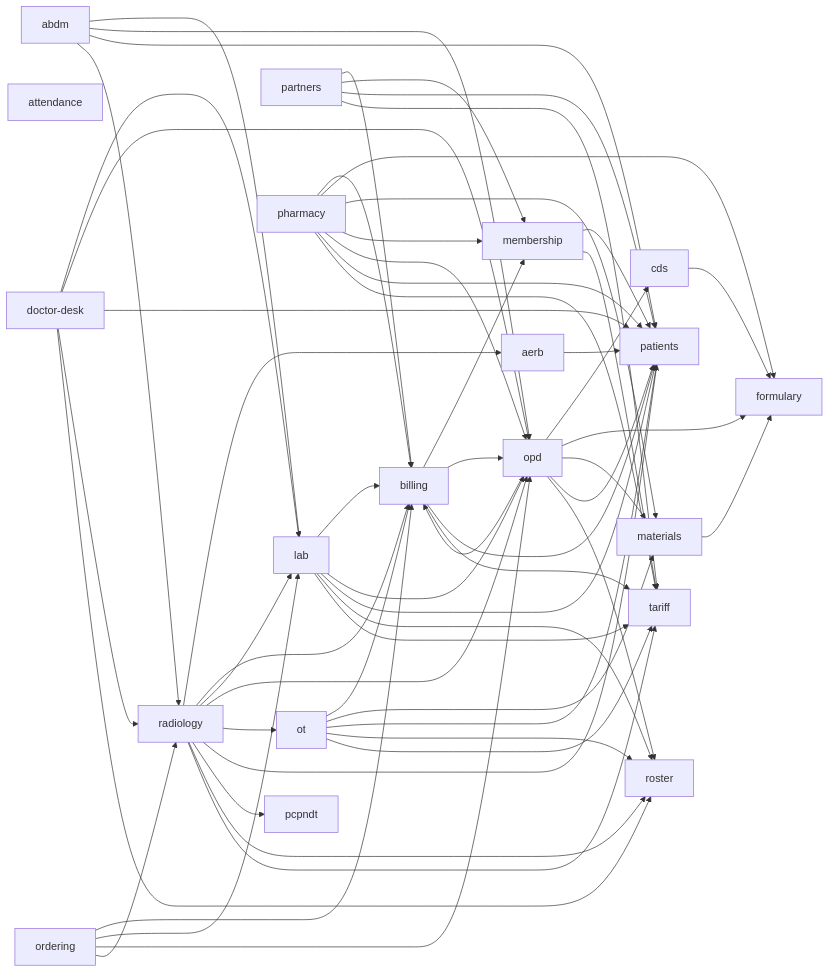
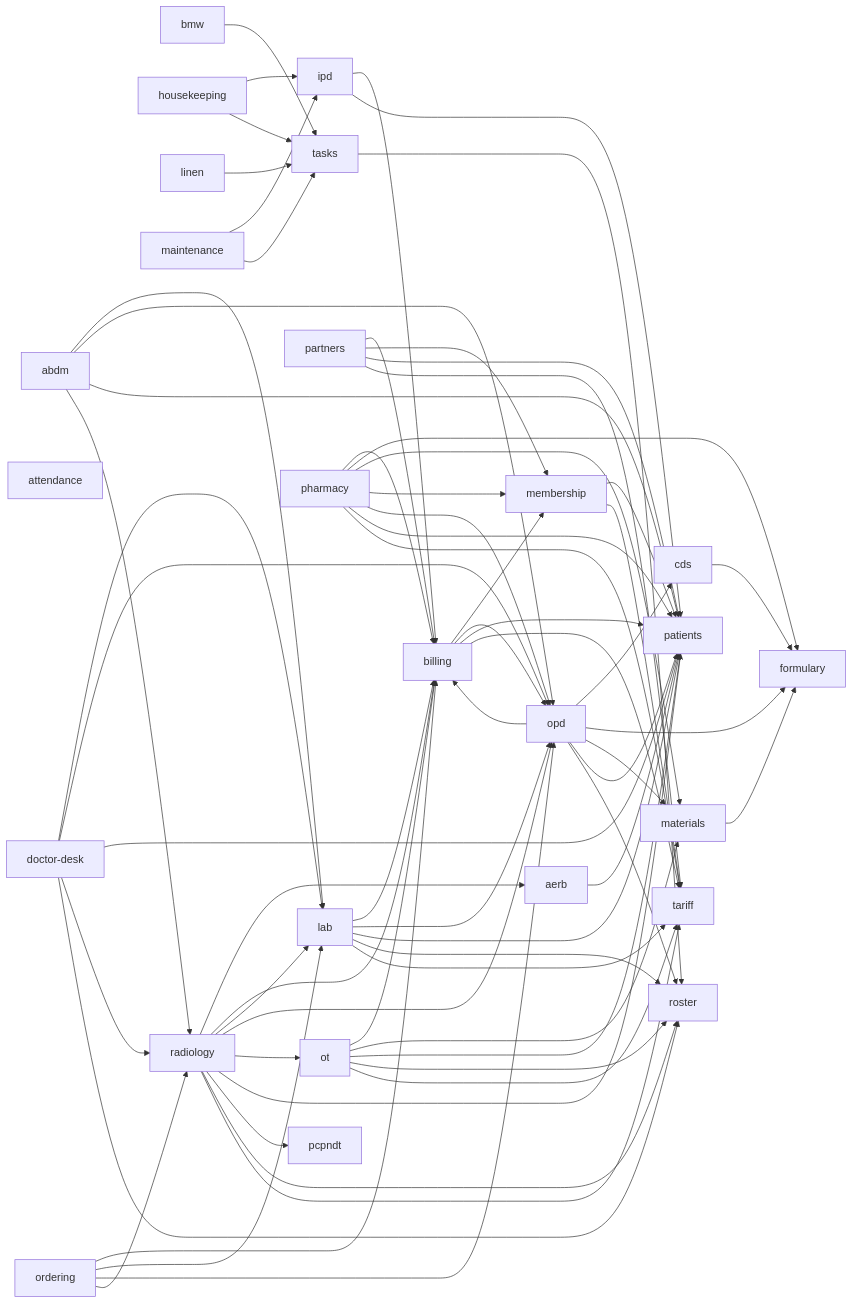
One commit to ankits3a/hims-hmis changed the second of 2 diagrams in docs/architecture/README.md. Above: the diagram before and after it, drawn with Mermaid. The commit also changed other lines of this file and 34 other files, not shown here.

````diff
--- a/docs/architecture/README.md
+++ b/docs/architecture/README.md
@@ -34,10 +34,15 @@
   aerb[aerb]
   attendance[attendance]
   billing[billing]
+  bmw[bmw]
   cds[cds]
   doctor_desk[doctor-desk]
   formulary[formulary]
+  housekeeping[housekeeping]
+  ipd[ipd]
   lab[lab]
+  linen[linen]
+  maintenance[maintenance]
   materials[materials]
   membership[membership]
   opd[opd]
@@ -50,6 +55,7 @@
   radiology[radiology]
   roster[roster]
   tariff[tariff]
+  tasks[tasks]
   abdm --> lab
   abdm --> opd
   abdm --> patients
@@ -59,17 +65,25 @@
   billing --> opd
   billing --> patients
   billing --> tariff
+  bmw --> tasks
   cds --> formulary
   doctor_desk --> lab
   doctor_desk --> opd
   doctor_desk --> patients
   doctor_desk --> radiology
   doctor_desk --> roster
+  housekeeping --> ipd
+  housekeeping --> tasks
+  ipd --> billing
+  ipd --> patients
   lab --> billing
   lab --> opd
   lab --> patients
   lab --> roster
   lab --> tariff
+  linen --> tasks
+  maintenance --> ipd
+  maintenance --> tasks
   materials --> formulary
   membership --> patients
   membership --> tariff
@@ -108,4 +122,5 @@
   radiology --> pcpndt
   radiology --> roster
   radiology --> tariff
+  tasks --> roster
 ```
````
